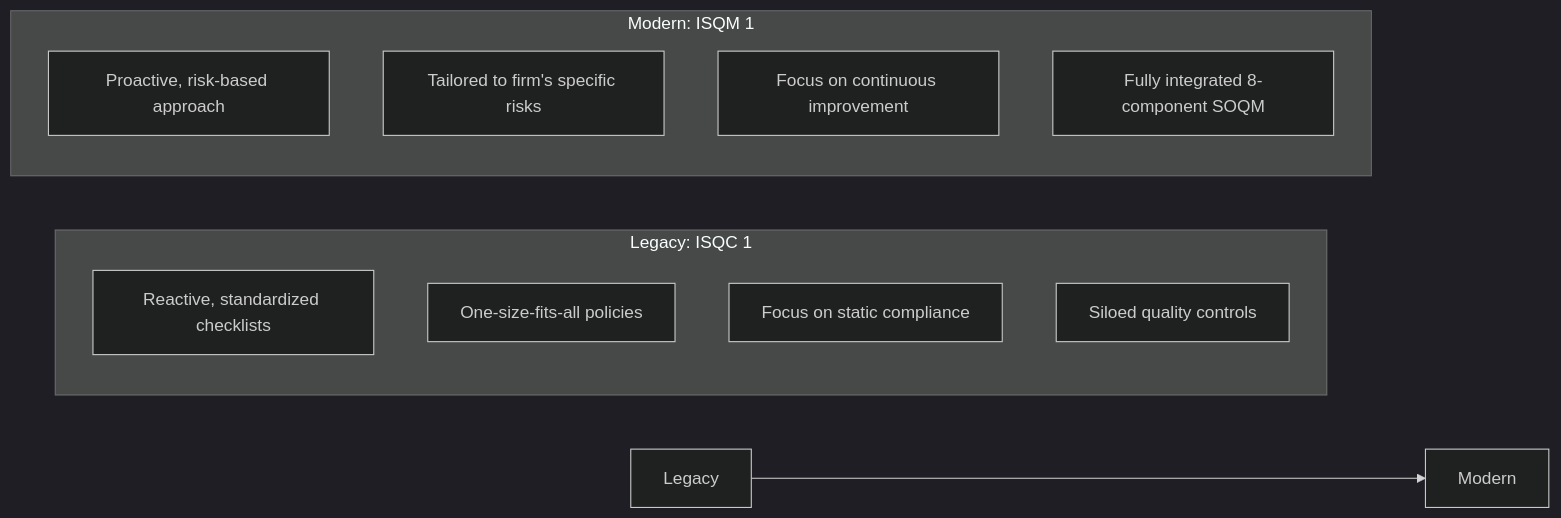
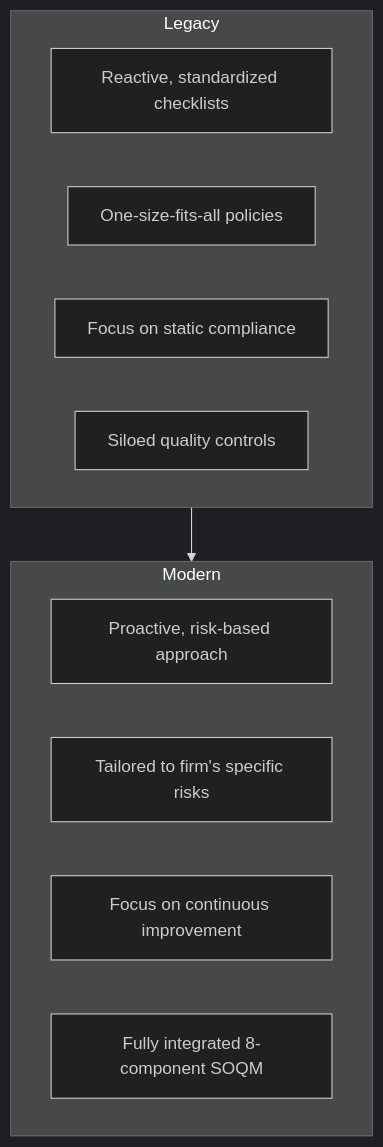
Before and after one commit to Soohaeib/shared-obsidian-notes: the third of 5 diagrams in note-res/ai-comprehension/acc-305-auditing-and-assurance/acc-305-notes-module-3.md, drawn with Mermaid (dark theme). The commit also changed other lines of this file and 8 other files, not shown here.

````diff
--- a/note-res/ai-comprehension/acc-305-auditing-and-assurance/acc-305-notes-module-3.md
+++ b/note-res/ai-comprehension/acc-305-auditing-and-assurance/acc-305-notes-module-3.md
@@ -163,16 +163,16 @@
 ```mermaid
-flowchart LR
-    subgraph Legacy: ISQC 1
+flowchart TD
+    subgraph Legacy
         A1[Reactive, standardized checklists]
         A2[One-size-fits-all policies]
         A3[Focus on static compliance]
         A4[Siloed quality controls]
     end
-    subgraph Modern: ISQM 1
+    subgraph Modern
         B1[Proactive, risk-based approach]
         B2[Tailored to firm's specific risks]
         B3[Focus on continuous improvement]
         B4[Fully integrated 8-component SOQM]
     end
     Legacy --> Modern
 ```
````
